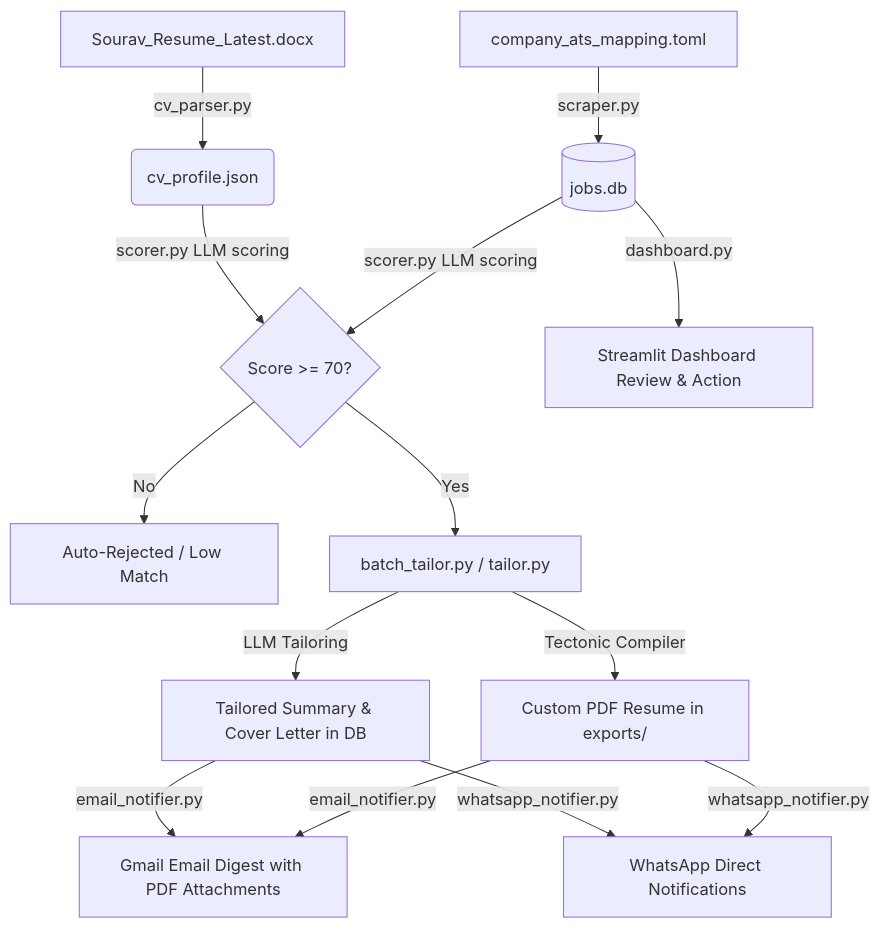
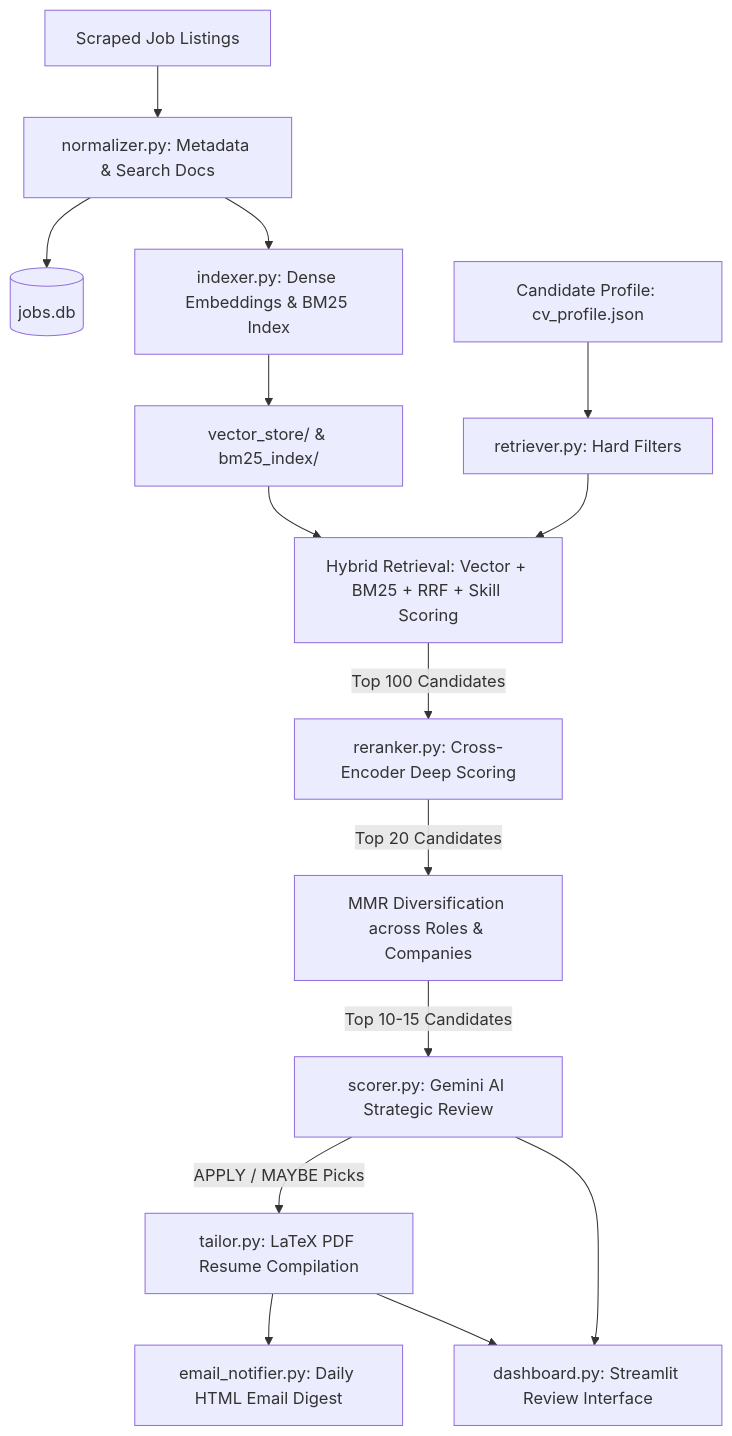
The diagram in README.md (SouravRay17/job-discovery-assistant), drawn with Mermaid before and after one commit. The commit also changed other lines of this file and 19 other files, not shown here.

Commit message:
feat: implement retrieval-first architecture with hybrid search and evaluation suite

````diff
--- a/README.md
+++ b/README.md
@@ -11,13 +9,16 @@
 ```mermaid
-graph TD
-    A[Sourav_Resume_Latest.docx] -->|cv_parser.py| B(cv_profile.json)
-    C[company_ats_mapping.toml] -->|scraper.py| D[(jobs.db)]
-    B & D -->|scorer.py LLM scoring| E{Score >= 70?}
-    E -->|No| F[Auto-Rejected / Low Match]
-    E -->|Yes| G[batch_tailor.py / tailor.py]
-    G -->|LLM Tailoring| H[Tailored Summary & Cover Letter in DB]
-    G -->|Tectonic Compiler| I[Custom PDF Resume in exports/]
-    H & I -->|email_notifier.py| J[Gmail Email Digest with PDF Attachments]
-    H & I -->|whatsapp_notifier.py| K[WhatsApp Direct Notifications]
-    D -->|dashboard.py| L[Streamlit Dashboard Review & Action]
+flowchart TD
+    A[Scraped Job Listings] --> B[normalizer.py: Metadata & Search Docs]
+    B --> C[(jobs.db)]
+    B --> D[indexer.py: Dense Embeddings & BM25 Index]
+    D --> E[vector_store/ & bm25_index/]
+    
+    F[Candidate Profile: cv_profile.json] --> G[retriever.py: Hard Filters]
+    E & G --> H[Hybrid Retrieval: Vector + BM25 + RRF + Skill Scoring]
+    H -->|Top 100 Candidates| I[reranker.py: Cross-Encoder Deep Scoring]
+    I -->|Top 20 Candidates| J[MMR Diversification across Roles & Companies]
+    J -->|Top 10-15 Candidates| K[scorer.py: Gemini AI Strategic Review]
+    K -->|APPLY / MAYBE Picks| L[tailor.py: LaTeX PDF Resume Compilation]
+    L --> M[email_notifier.py: Daily HTML Email Digest]
+    L & K --> N[dashboard.py: Streamlit Review Interface]
 ```
````
